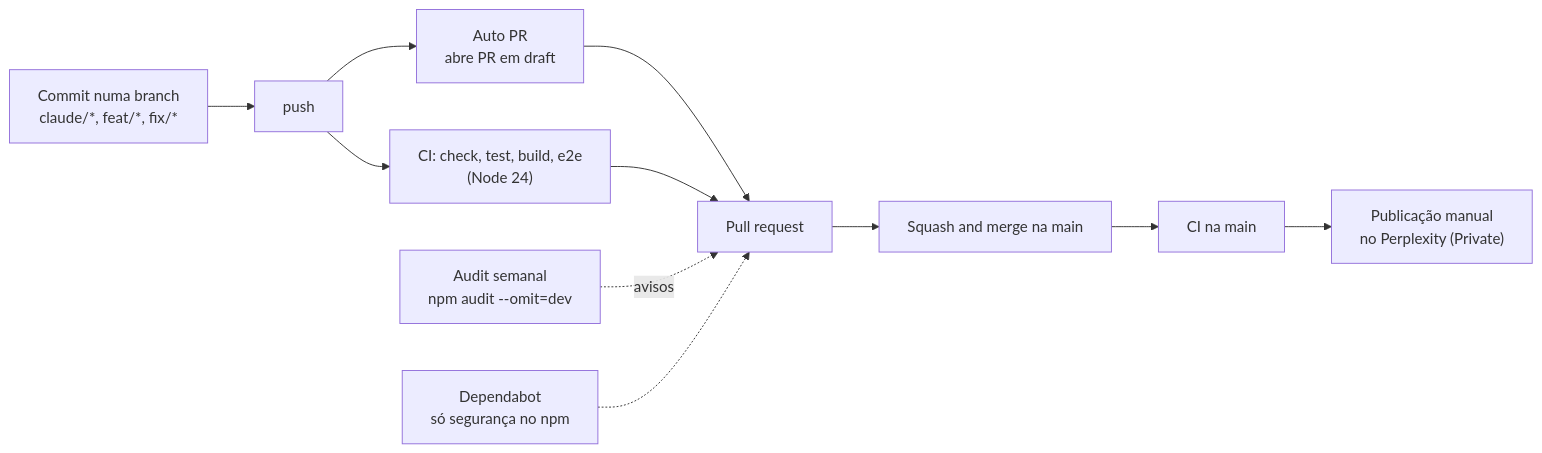
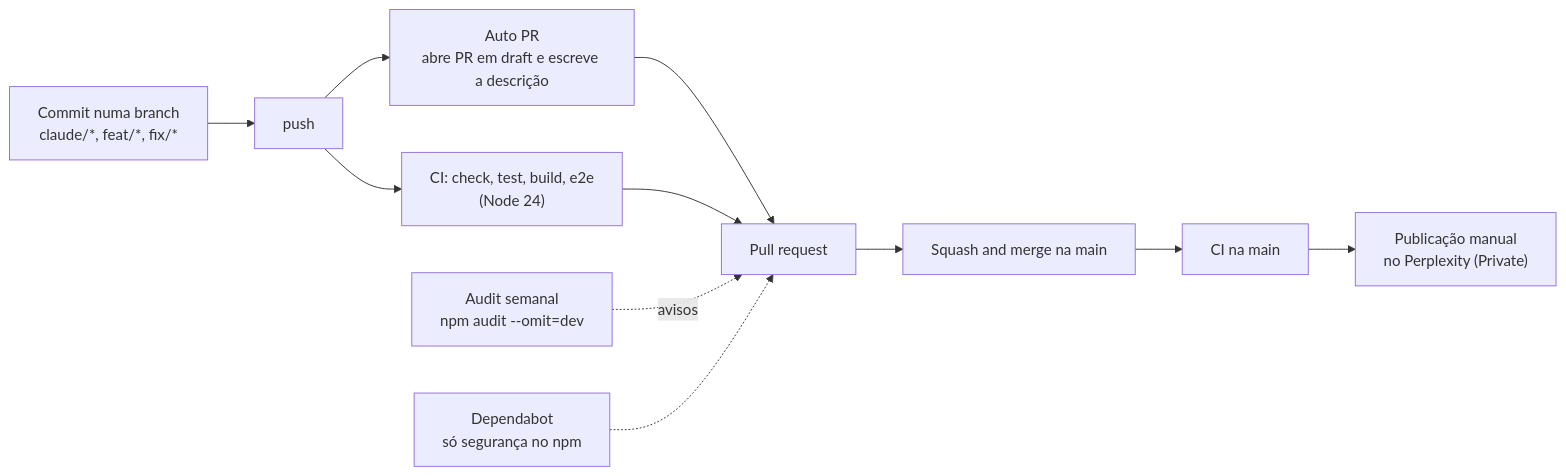
Before and after one commit to DiogoMegaMartins/salary-management: the fourth of 4 diagrams in docs/ARQUITETURA.md, drawn with Mermaid. The commit also changed 5 other files, not shown here.

````diff
--- a/docs/ARQUITETURA.md
+++ b/docs/ARQUITETURA.md
@@ -139,13 +139,13 @@
 ```mermaid
 flowchart LR
   Dev["Commit numa branch<br/>claude/*, feat/*, fix/*"] --> Push["push"]
   Push --> CI["CI: check, test, build, e2e<br/>(Node 24)"]
-  Push --> Auto["Auto PR<br/>abre PR em draft"]
+  Push --> Auto["Auto PR<br/>abre PR em draft e escreve a descrição"]
   Auto --> PR["Pull request"]
   CI --> PR
   PR --> Merge["Squash and merge na main"]
   Merge --> CIMain["CI na main"]
   CIMain --> Pub["Publicação manual<br/>no Perplexity (Private)"]
   Aud["Audit semanal<br/>npm audit --omit=dev"] -. "avisos" .-> PR
   Dep["Dependabot<br/>só segurança no npm"] -.-> PR
 ```
````
